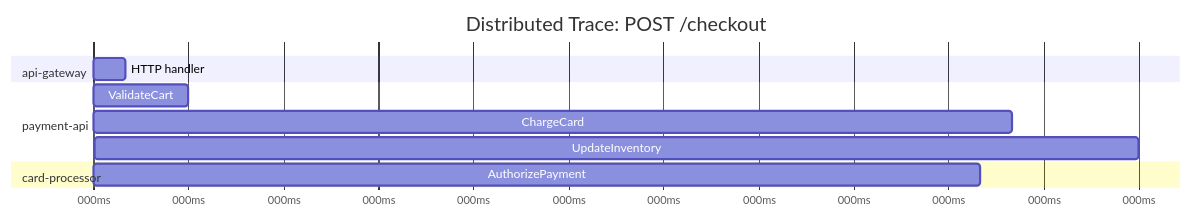
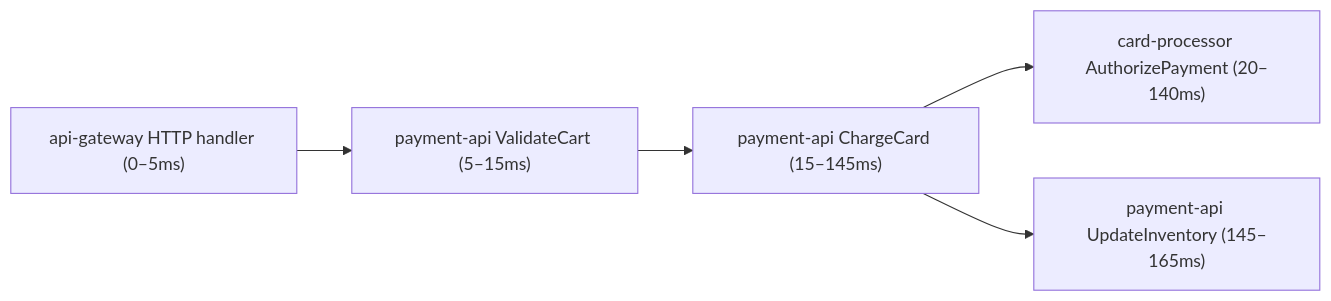
The second of 3 diagrams in docs/session-1/observability-fundamentals.md (xscaler/training), drawn with Mermaid before and after one commit. The commit also changed other lines of this file and 38 other files, not shown here.

First line of the commit message:
Remove internal content, fix Mermaid diagrams, and rewrite labs as customer-facing exercises

````diff
--- a/docs/session-1/observability-fundamentals.md
+++ b/docs/session-1/observability-fundamentals.md
@@ -114,17 +114,11 @@
 ```mermaid
-gantt
-    title Distributed Trace: POST /checkout
-    dateFormat  X
-    axisFormat  %Lms
+graph LR
+    A["api-gateway HTTP handler (0–5ms)"]
+    B["payment-api ValidateCart (5–15ms)"]
+    C["payment-api ChargeCard (15–145ms)"]
+    D["card-processor AuthorizePayment (20–140ms)"]
+    E["payment-api UpdateInventory (145–165ms)"]
 
-    section api-gateway
-    HTTP handler           : 0, 5
-
-    section payment-api
-    ValidateCart           : 5, 15
-    ChargeCard             : 15, 145
-    UpdateInventory        : 145, 165
-
-    section card-processor
-    AuthorizePayment       : 20, 140
+    A --> B --> C --> D
+    C --> E
 ```
````
